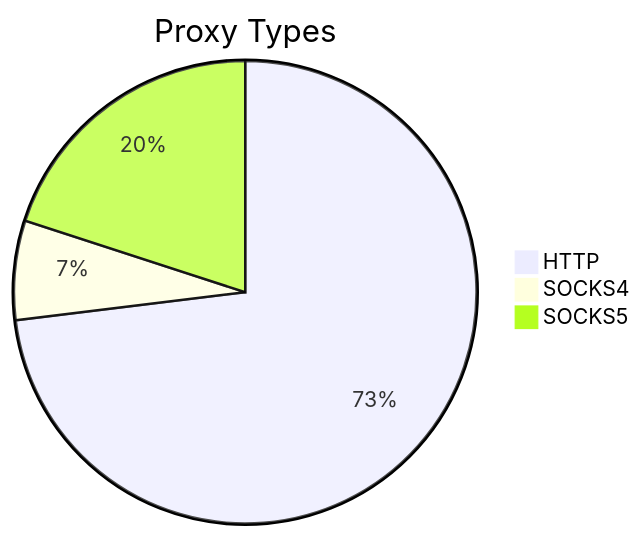
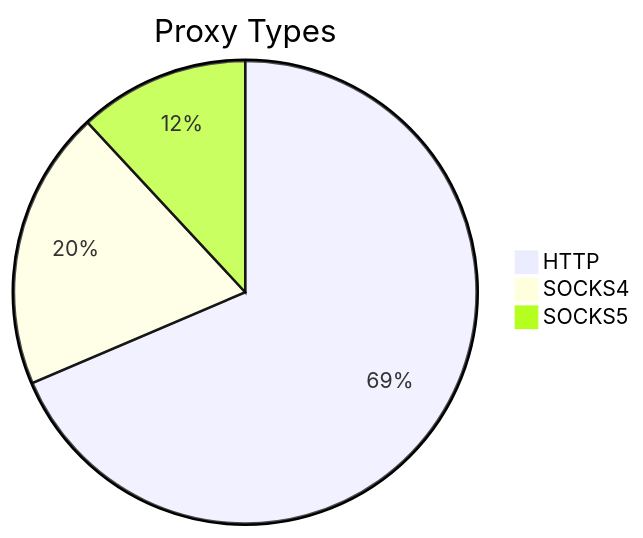
Before and after one commit to stormsia/proxy-list: the first of 2 diagrams in README.md, drawn with Mermaid. The commit also changed other lines of this file, not shown here.

````diff
--- a/README.md
+++ b/README.md
@@ -21,6 +21,6 @@
 ```mermaid
 pie title Proxy Types
-    "HTTP" : 179
-    "SOCKS4" : 17
-    "SOCKS5" : 49
+    "HTTP" : 334
+    "SOCKS4" : 95
+    "SOCKS5" : 58
 ```
````
